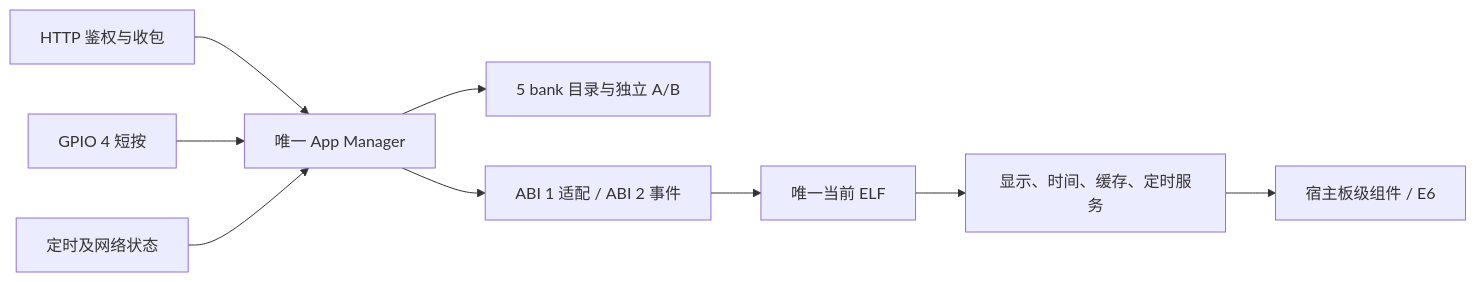
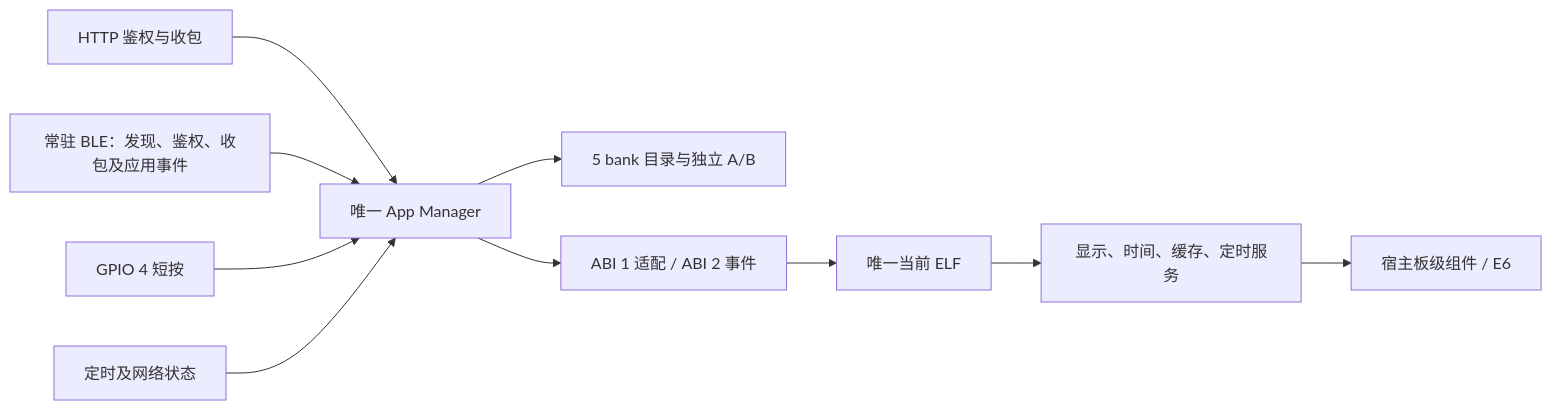
The diagram in docs-runtime-v2.md (M1nt-Ch0c0/photopainter-host), drawn with Mermaid before and after one commit. The commit also changed other lines of this file and 33 other files, not shown here.

First line of the commit message:
feat(abi): expose bounded application BLE services through the sole manager

````diff
--- a/docs-runtime-v2.md
+++ b/docs-runtime-v2.md
@@ -28,11 +30,12 @@
 ```mermaid
 flowchart LR
     HTTP[HTTP 鉴权与收包] --> Manager[唯一 App Manager]
+    BLE[常驻 BLE：发现、鉴权、收包及应用事件] --> Manager
     Key[GPIO 4 短按] --> Manager
     Events[定时及网络状态] --> Manager
     Manager --> Catalog[5 bank 目录与独立 A/B]
     Manager --> Runtime[ABI 1 适配 / ABI 2 事件]
     Runtime --> App[唯一当前 ELF]
     App --> Services[显示、时间、缓存、定时服务]
     Services --> Board[宿主板级组件 / E6]
 ```
````
